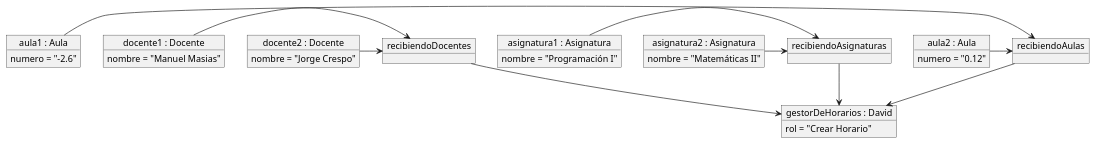
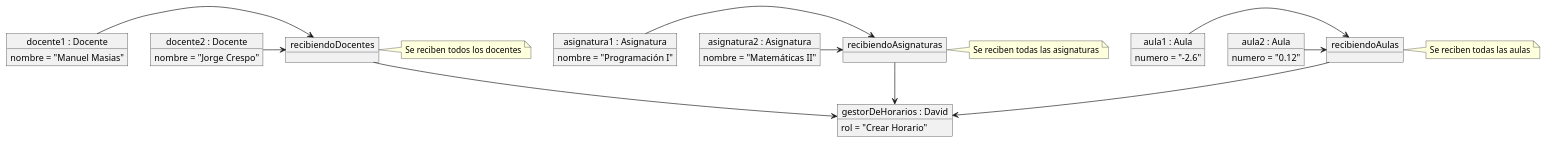
Before and after one commit to mmasias/23-24-IdSw1-SDR: the diagram in modelosUML/Fraccionados/Diagrama de objetos inicio.puml, drawn with PlantUML. The commit also changed 4 other files, not shown here.

Commit message:
Cambiando diagrama inicio objetos

```diff
--- a/modelosUML/Fraccionados/Diagrama de objetos inicio.puml
+++ b/modelosUML/Fraccionados/Diagrama de objetos inicio.puml
@@ -1,44 +1,55 @@
 @startuml
 object "gestorDeHorarios : David" as gestorDeHorarios {
     rol = "Crear Horario"
 }
 
 object "aula1 : Aula" as aula1 {
     numero = "-2.6"
 }
 object "aula2 : Aula" as aula2 {
     numero = "0.12"
 }
 
 object "docente1 : Docente" as docente1 {
     nombre = "Manuel Masias"
 }
 object "docente2 : Docente" as docente2 {
     nombre = "Jorge Crespo"
 }
 
 object "asignatura1 : Asignatura" as asignatura1 {
     nombre = "Programación I"
 }
 object "asignatura2 : Asignatura" as asignatura2 {
     nombre = "Matemáticas II"
 }
 
 object "recibiendoAulas" as recibiendoAulas {
 }
+note right of recibiendoAulas
+  Se reciben todas las aulas
+end note
+
 object "recibiendoDocentes" as recibiendoDocentes {
 }
+note right of recibiendoDocentes
+  Se reciben todos los docentes
+end note
+
 object "recibiendoAsignaturas" as recibiendoAsignaturas {
 }
+note right of recibiendoAsignaturas
+  Se reciben todas las asignaturas
+end note
 
 aula1 -r-> recibiendoAulas
 aula2 -r-> recibiendoAulas
 docente1 -r-> recibiendoDocentes
 docente2 -r-> recibiendoDocentes
 asignatura1 -r-> recibiendoAsignaturas
 asignatura2 -r-> recibiendoAsignaturas
 
 recibiendoAulas -d-> gestorDeHorarios
 recibiendoDocentes -d-> gestorDeHorarios
 recibiendoAsignaturas -d-> gestorDeHorarios
 @enduml
```
